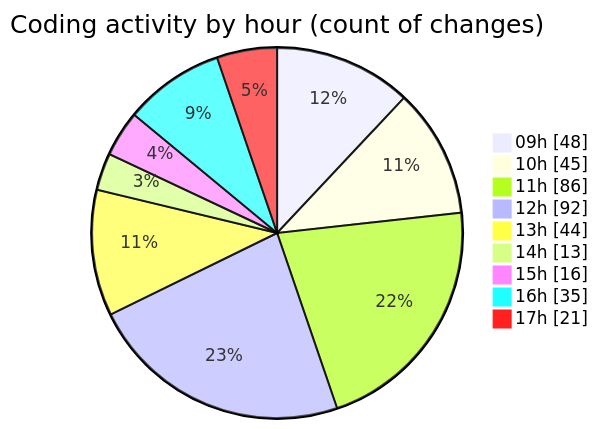
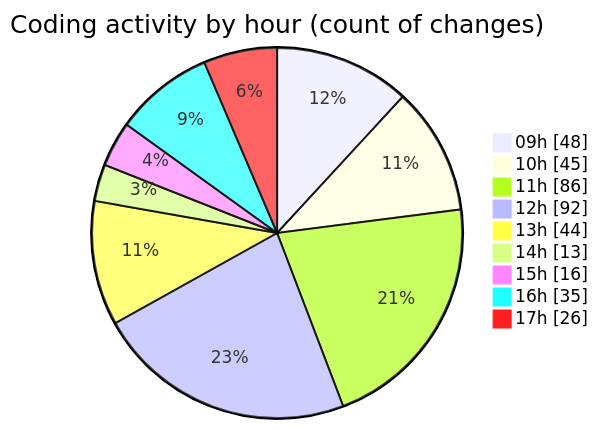
The second of 2 diagrams in 2025-03-14/cda/README.md (momahboobian/code-tracking), drawn with Mermaid before and after one commit. The commit also changed other lines of this file and 1 other file, not shown here.

````diff
--- a/2025-03-14/cda/README.md
+++ b/2025-03-14/cda/README.md
@@ -49,13 +50,13 @@
 ```mermaid
 pie showData
 title Coding activity by hour (count of changes)
 "09h" : 48
 "10h" : 45
 "11h" : 86
 "12h" : 92
 "13h" : 44
 "14h" : 13
 "15h" : 16
 "16h" : 35
-"17h" : 21
+"17h" : 26
 ```
````
